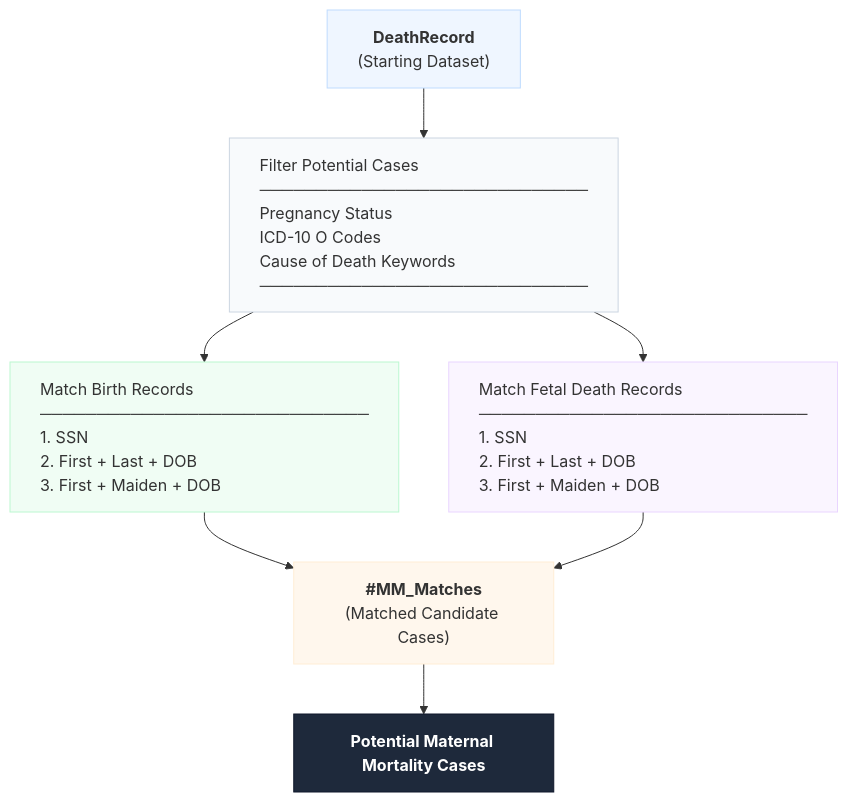
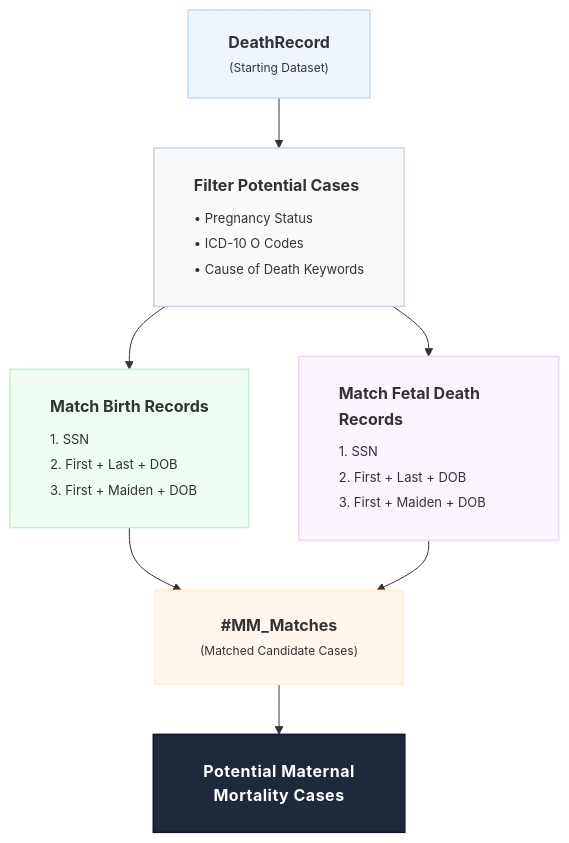
One commit to lxj8244-alt/Georgia-Public-Health-Analytics changed the second of 2 diagrams in Maternal-Mortality-Case-Identification/README.md. Above: the diagram before and after it, drawn with Mermaid.

````diff
--- a/Maternal-Mortality-Case-Identification/README.md
+++ b/Maternal-Mortality-Case-Identification/README.md
@@ -126,37 +126,37 @@
 ```mermaid
 flowchart TD
     %% 1단계: Starting Dataset
-    Start["<b>DeathRecord</b><br>(Starting Dataset)"]
+    Start["<div style='padding: 5px 10px;'><b>DeathRecord</b><br><span style='font-size: 12px; color: #64748b;'>(Starting Dataset)</span></div>"]
 
     %% 2단계: Filter
-    Filter["Filter Potential Cases<br>─────────────────────────────<br>Pregnancy Status<br>ICD-10 O Codes<br>Cause of Death Keywords<br>─────────────────────────────"]
+    Filter["<div style='padding: 10px; line-height: 1.6;'><b>Filter Potential Cases</b><div style='border-top: 1px solid #cbd5e1; margin: 6px 0;'></div><span style='font-size: 13px; color: #334155;'>• Pregnancy Status<br>• ICD-10 O Codes<br>• Cause of Death Keywords</span></div>"]
 
     %% 3단계: 두 갈래 분기 (Match Records)
-    MatchBirth["Match Birth Records<br>─────────────────────────────<br>1. SSN<br>2. First + Last + DOB<br>3. First + Maiden + DOB"]
+    MatchBirth["<div style='padding: 10px; line-height: 1.6;'><b>Match Birth Records</b><div style='border-top: 1px solid #bbf7d0; margin: 6px 0;'></div><span style='font-size: 13px; color: #334155;'>1. SSN<br>2. First + Last + DOB<br>3. First + Maiden + DOB</span></div>"]
     
-    MatchFetal["Match Fetal Death Records<br>─────────────────────────────<br>1. SSN<br>2. First + Last + DOB<br>3. First + Maiden + DOB"]
+    MatchFetal["<div style='padding: 10px; line-height: 1.6;'><b>Match Fetal Death Records</b><div style='border-top: 1px solid #e9d5ff; margin: 6px 0;'></div><span style='font-size: 13px; color: #334155;'>1. SSN<br>2. First + Last + DOB<br>3. First + Maiden + DOB</span></div>"]
 
     %% 4단계: 매칭 결과 합쳐짐
-    Matches["<b>#MM_Matches</b><br>(Matched Candidate Cases)"]
+    Matches["<div style='padding: 8px 15px;'><b>#MM_Matches</b><br><span style='font-size: 12px; color: #c2410c;'>(Matched Candidate Cases)</span></div>"]
 
     %% 5단계: 최종 결과
-    Final["Potential Maternal Mortality Cases"]
+    Final["<div style='padding: 10px 20px; font-weight: bold; letter-spacing: 0.5px;'>Potential Maternal<br>Mortality Cases</div>"]
 
     %% 흐름 연결 (Relationships)
     Start --> Filter
     Filter --> MatchBirth
     Filter --> MatchFetal
     MatchBirth --> Matches
     MatchFetal --> Matches
     Matches --> Final
 
-    %% 스타일링 (GitHub 마크다운 맞춤 예쁜 색상 적용)
-    style Start fill:#eff6ff,stroke:#bfdbfe,stroke-width:1px
-    style Filter fill:#f8fafc,stroke:#cbd5e1,stroke-width:1px,text-align:left
+    %% 스타일링 (선의 부드러운 곡선 및 내부 정렬 설정)
+    style Start fill:#eff6ff,stroke:#bfdbfe,stroke-width:1.5px
+    style Filter fill:#f8fafc,stroke:#cbd5e1,stroke-width:1.5px,text-align:left
     
-    style MatchBirth fill:#f0fdf4,stroke:#bbf7d0,stroke-width:1px,text-align:left
-    style MatchFetal fill:#faf5ff,stroke:#e9d5ff,stroke-width:1px,text-align:left
+    style MatchBirth fill:#f0fdf4,stroke:#bbf7d0,stroke-width:1.5px,text-align:left
+    style MatchFetal fill:#faf5ff,stroke:#e9d5ff,stroke-width:1.5px,text-align:left
     
-    style Matches fill:#fff7ed,stroke:#ffedd5,stroke-width:1px
-    style Final fill:#1e293b,stroke:#0f172a,stroke-width:1px,color:#fff,font-weight:bold
+    style Matches fill:#fff7ed,stroke:#ffedd5,stroke-width:1.5px
+    style Final fill:#1e293b,stroke:#0f172a,stroke-width:1.5px,color:#fff
 ```
````
